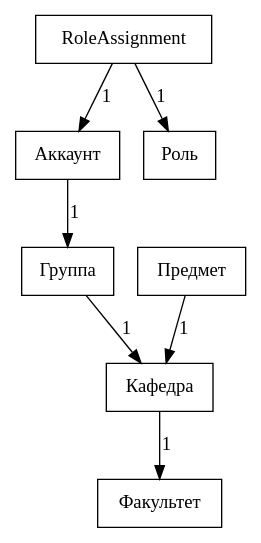
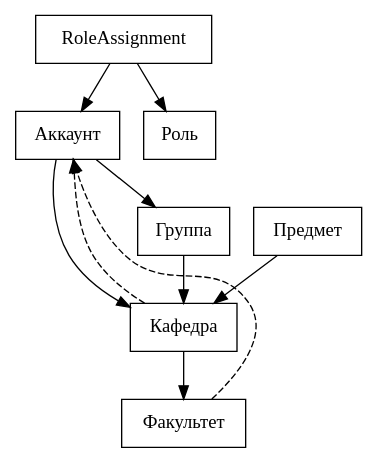
One commit to NetCrackerO2/ScheduleProject changed the diagram in graph.dot. Above: the diagram before and after it, drawn with Graphviz. The commit also changed 1 other file, not shown here.

Commit message:
Graph update

```diff
--- a/graph.dot
+++ b/graph.dot
@@ -1,14 +1,15 @@
 digraph G {
 	node [shape="box"];
 	{
-		edge[label="n",];
-	}
-	{
-		edge[label="1"];
 		Кафедра->Факультет;
 		Группа->Кафедра;
-		Аккаунт->Группа;
+		Аккаунт->{Группа,Кафедра};
 		RoleAssignment->{Аккаунт,Роль};
 		Предмет->Кафедра;
 	}
+	{
+		edge [style="dashed", constraint=false, weight=0];
+		Кафедра->Аккаунт;
+		Факультет->Аккаунт;
+	}
 }
```
